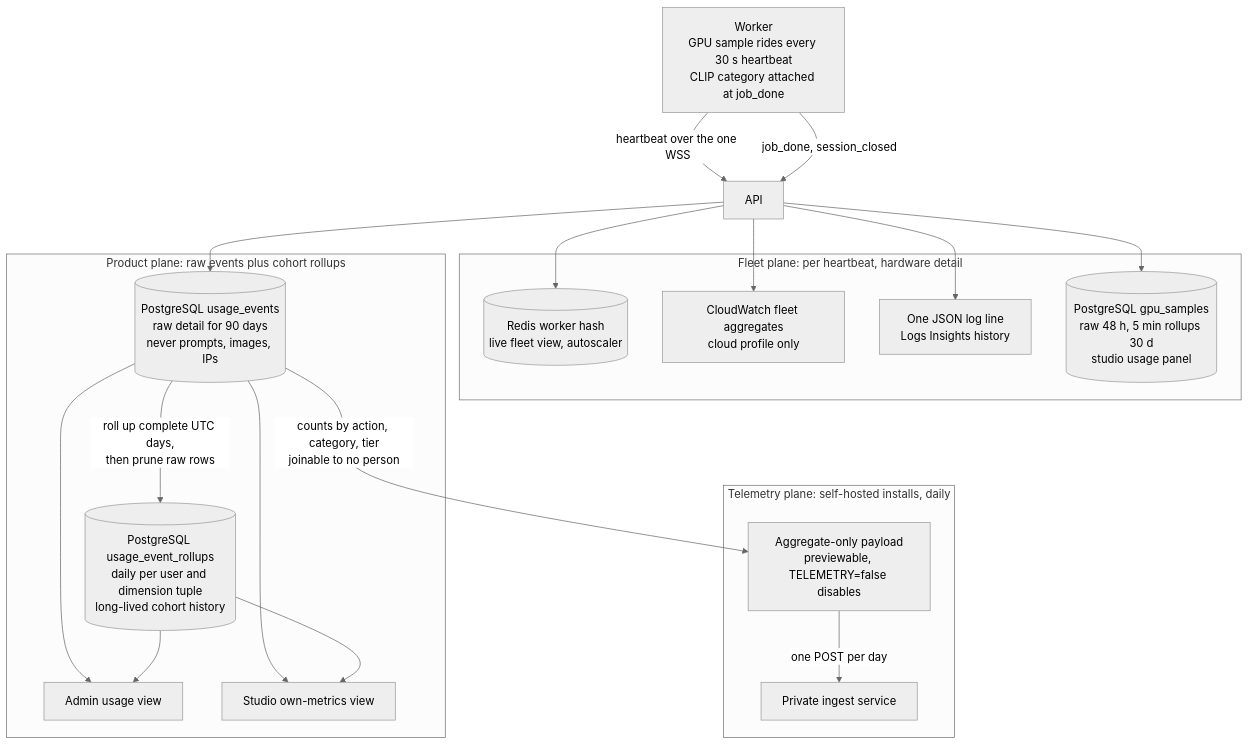
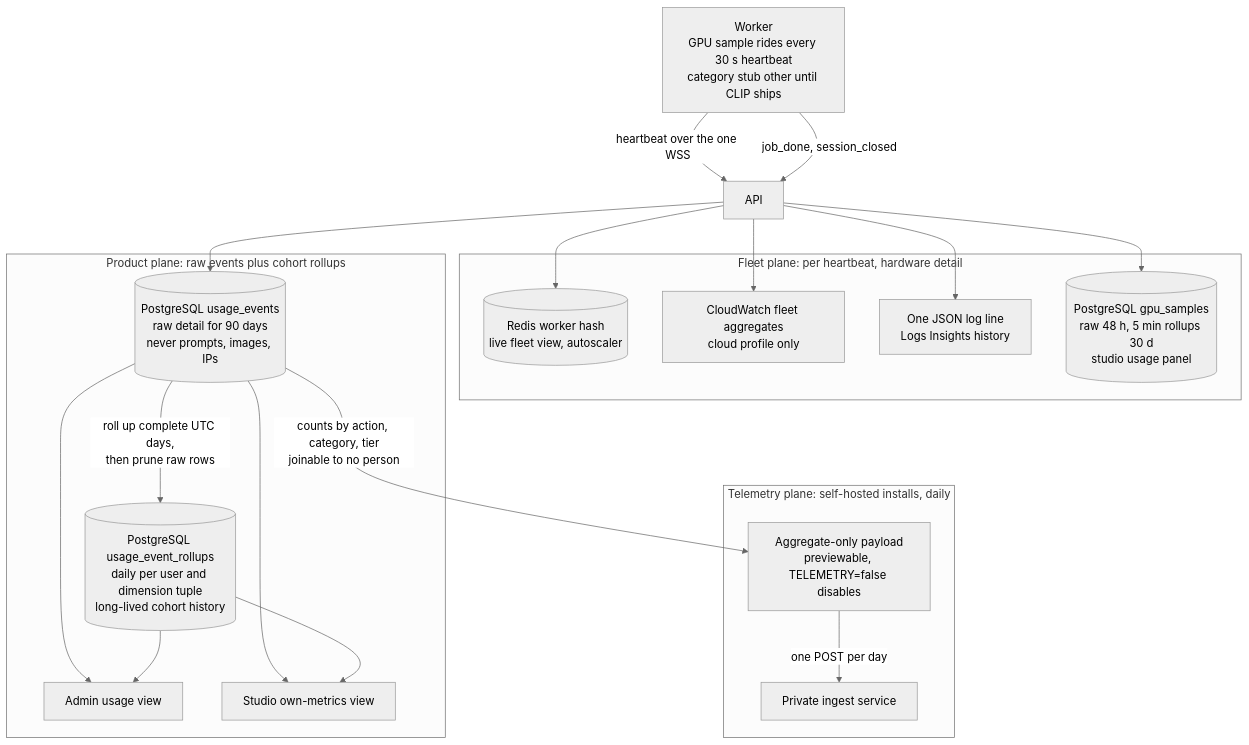
Before and after one commit to Portocolom-Studio/potocolom: the diagram in docs/metrics.md, drawn with Mermaid (neutral theme). The commit also changed other lines of this file and 15 other files, not shown here.

````diff
--- a/docs/metrics.md
+++ b/docs/metrics.md
@@ -19,35 +24,35 @@
 ```mermaid
 flowchart TB
-    W["Worker<br>GPU sample rides every 30 s heartbeat<br>CLIP category attached at job_done"]
+    W["Worker<br>GPU sample rides every 30 s heartbeat<br>category stub other until CLIP ships"]
     A["API"]
     subgraph FLEET["Fleet plane: per heartbeat, hardware detail"]
         RH[("Redis worker hash<br>live fleet view, autoscaler")]
         CW["CloudWatch fleet aggregates<br>cloud profile only"]
         LOG["One JSON log line<br>Logs Insights history"]
         GS[("PostgreSQL gpu_samples<br>raw 48 h, 5 min rollups 30 d<br>studio usage panel")]
     end
     subgraph USAGE["Product plane: raw events plus cohort rollups"]
         UE[("PostgreSQL usage_events<br>raw detail for 90 days<br>never prompts, images, IPs")]
         UR[("PostgreSQL usage_event_rollups<br>daily per user and dimension tuple<br>long-lived cohort history")]
         ADMIN["Admin usage view"]
         OWN["Studio own-metrics view"]
     end
     subgraph TELE["Telemetry plane: self-hosted installs, daily"]
         AGG["Aggregate-only payload<br>previewable, TELEMETRY=false disables"]
         ING["Private ingest service"]
     end
     W -->|"heartbeat over the one WSS"| A
     W -->|"job_done, session_closed"| A
     A --> RH
     A --> CW
     A --> LOG
     A --> GS
     A --> UE
     UE -->|"roll up complete UTC days,<br>then prune raw rows"| UR
     UE --> ADMIN
     UR --> ADMIN
     UE --> OWN
     UR --> OWN
     UE -->|"counts by action, category, tier<br>joinable to no person"| AGG
     AGG -->|"one POST per day"| ING
 ```
````
